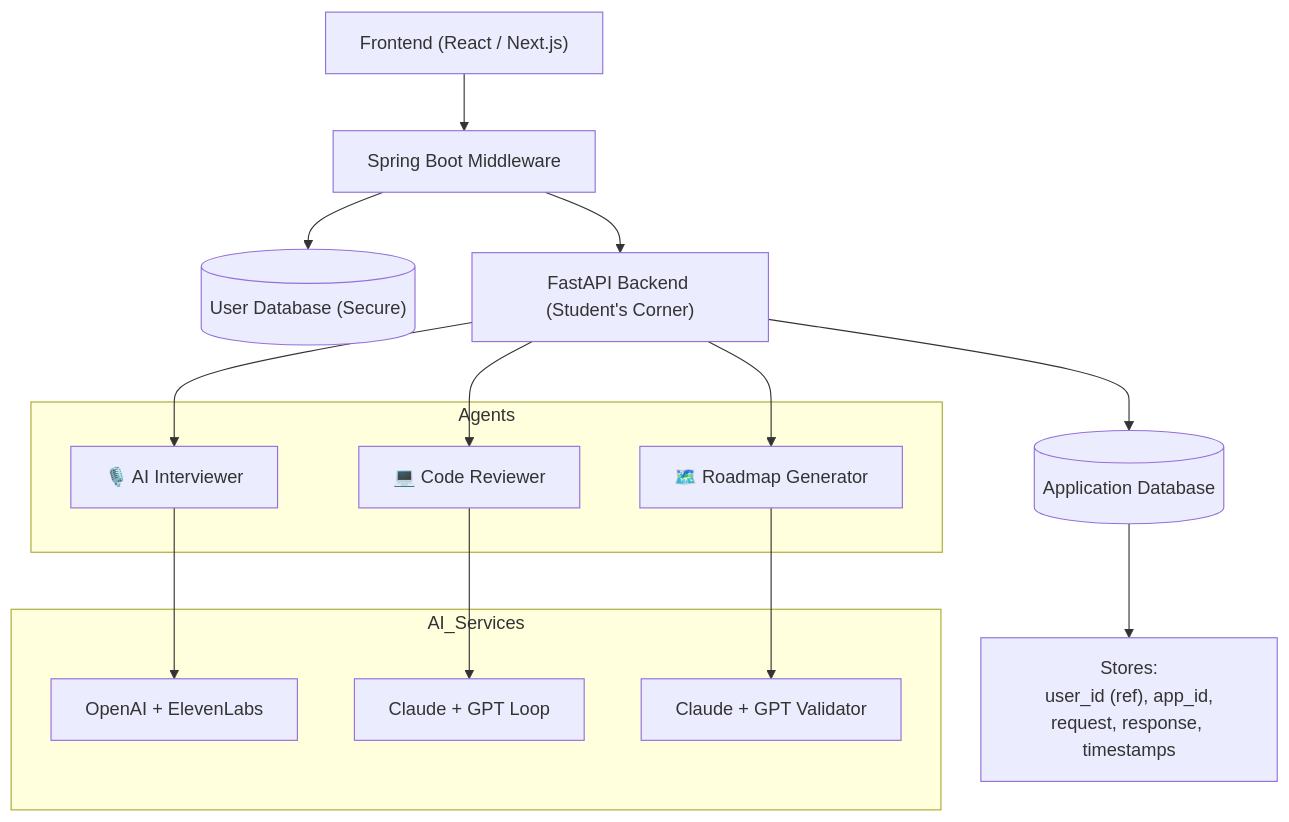
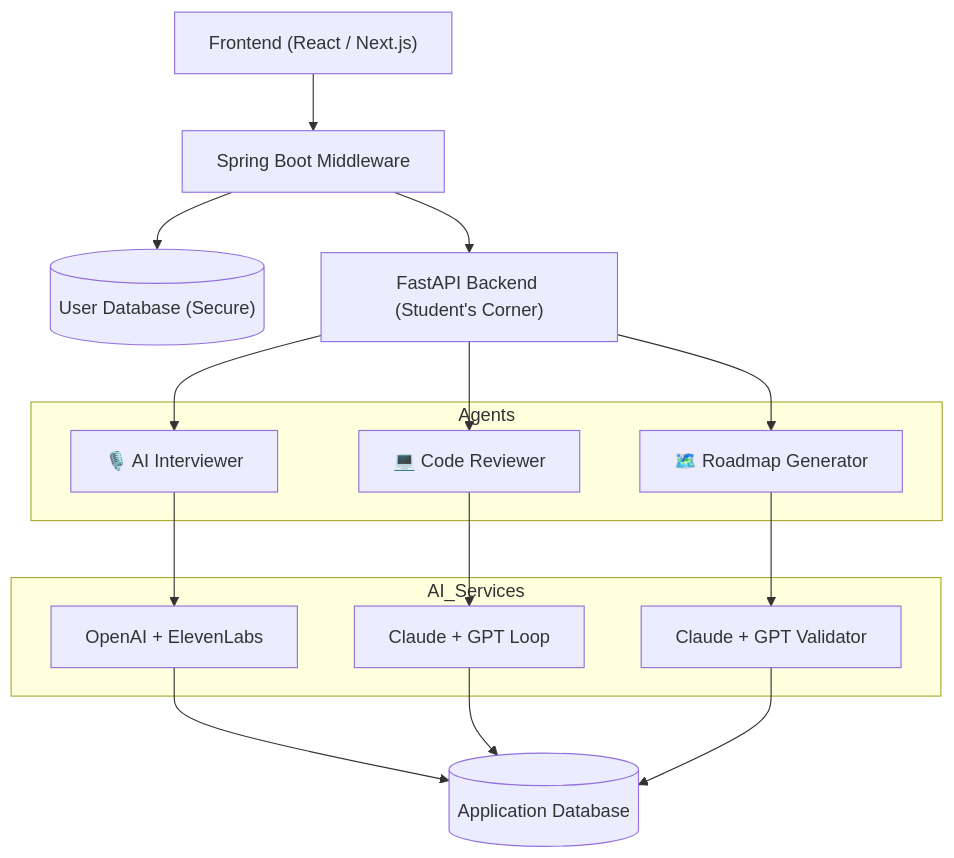
The diagram in README.md (ReversibleWizard/Student-Corner-Backend), drawn with Mermaid before and after one commit.

````diff
--- a/README.md
+++ b/README.md
@@ -76,67 +76,68 @@
 ```mermaid
 flowchart TD
 
     %% =======================
     %% Frontend Layer
     %% =======================
     A["Frontend (React / Next.js)"]
 
     %% =======================
     %% Middleware Layer
     %% =======================
     B["Spring Boot Middleware"]
     M_DB[("User Database (Secure)")]
 
     %% =======================
     %% Backend Layer
     %% =======================
     C["FastAPI Backend (Student's Corner)"]
 
     %% =======================
     %% Agents Layer
     %% =======================
     subgraph Agents
         D1["🎙️ AI Interviewer"]
         D2["💻 Code Reviewer"]
         D3["🗺️ Roadmap Generator"]
     end
 
     %% =======================
     %% AI Services Layer
     %% =======================
     subgraph AI_Services
         E1["OpenAI + ElevenLabs"]
         E2["Claude + GPT Loop"]
         E3["Claude + GPT Validator"]
     end
 
     %% =======================
-    %% Application Database (CENTERED)
+    %% Application Database (BOTTOM CENTER)
     %% =======================
     A_DB[("Application Database")]
-    META["Stores:\nuser_id (ref), app_id,\nrequest, response, timestamps"]
 
     %% =======================
     %% FLOW
     %% =======================
 
     A --> B
 
-    %% Middleware responsibilities
+    %% Middleware
     B --> M_DB
     B --> C
 
-    %% Backend to agents
+    %% Backend to Agents
     C --> D1
     C --> D2
     C --> D3
 
     %% Agents to AI services
     D1 --> E1
     D2 --> E2
     D3 --> E3
 
-    %% 🔥 Centered DB flow (clean vertical alignment)
-    C --> A_DB
-    A_DB --> META
+    %% 🔥 KEY CHANGE: All services → Application DB (bottom)
+    E1 --> A_DB
+    E2 --> A_DB
+    E3 --> A_DB
+
 ```
````
